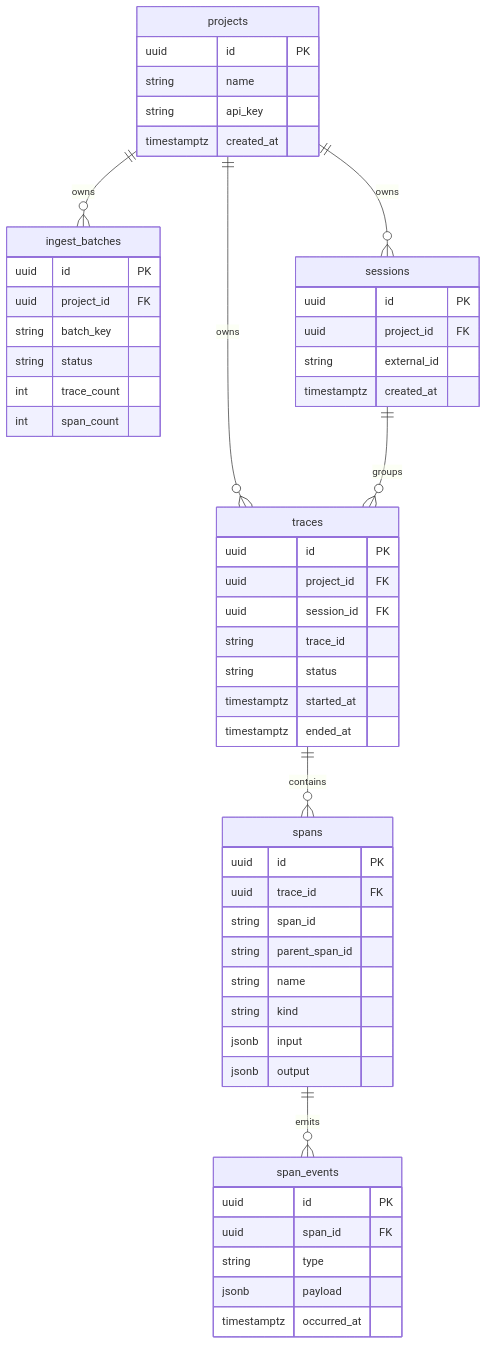
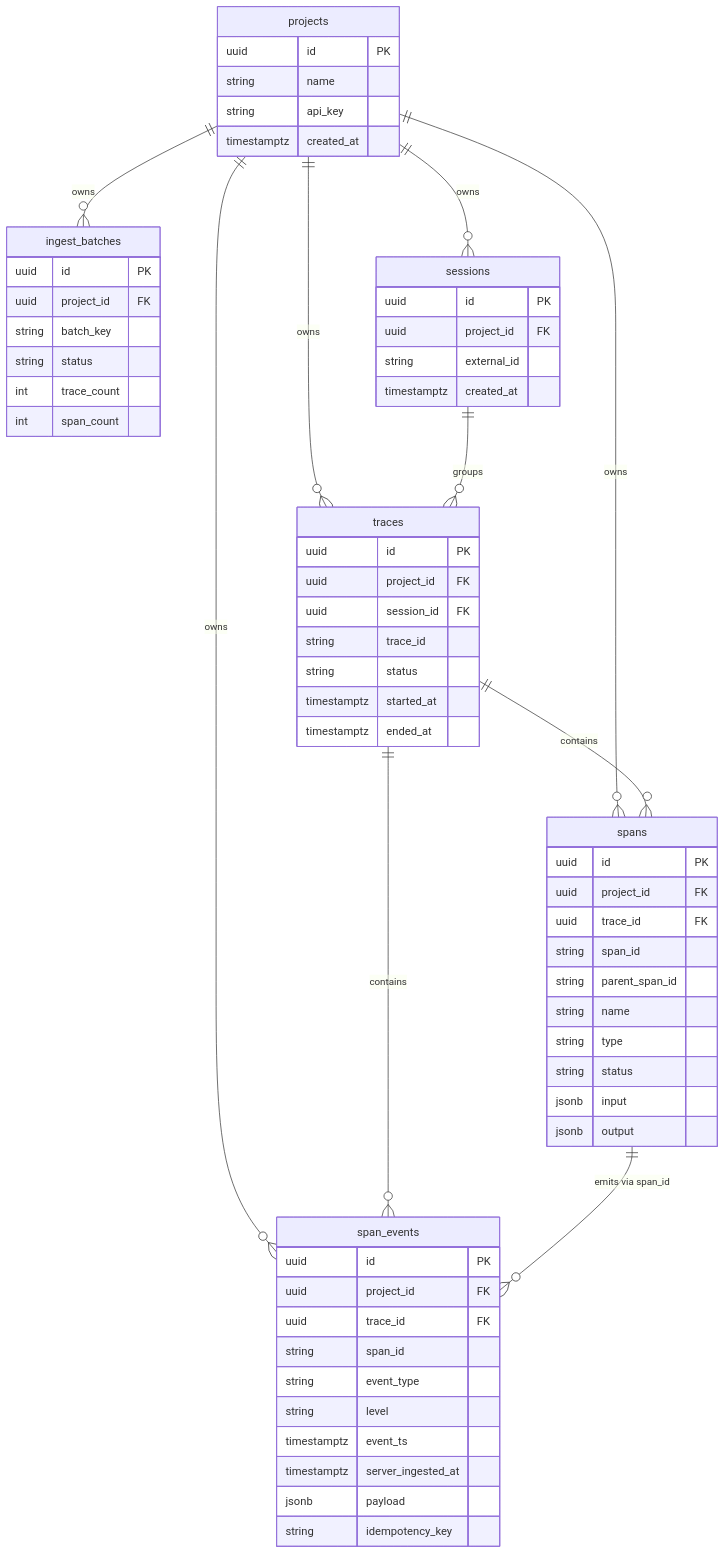
Before and after one commit to aryanVijaywargia/Continua: the diagram in docs-site/concepts/data-model.mdx, drawn with Mermaid. The commit also changed other lines of this file, not shown here.

First line of the commit message:
docs(data-model): scope spans and span_events to project_id in the ER model

````diff
--- a/docs-site/concepts/data-model.mdx
+++ b/docs-site/concepts/data-model.mdx
@@ -6,56 +6,66 @@
 ```mermaid
 erDiagram
   projects ||--o{ ingest_batches : "owns"
   projects ||--o{ sessions : "owns"
   projects ||--o{ traces : "owns"
+  projects ||--o{ spans : "owns"
+  projects ||--o{ span_events : "owns"
   sessions ||--o{ traces : "groups"
   traces ||--o{ spans : "contains"
-  spans ||--o{ span_events : "emits"
+  traces ||--o{ span_events : "contains"
+  spans ||--o{ span_events : "emits via span_id"
 
   projects {
     uuid id PK
     string name
     string api_key
     timestamptz created_at
   }
   ingest_batches {
     uuid id PK
     uuid project_id FK
     string batch_key
     string status
     int trace_count
     int span_count
   }
   sessions {
     uuid id PK
     uuid project_id FK
     string external_id
     timestamptz created_at
   }
   traces {
     uuid id PK
     uuid project_id FK
     uuid session_id FK
     string trace_id
     string status
     timestamptz started_at
     timestamptz ended_at
   }
   spans {
     uuid id PK
+    uuid project_id FK
     uuid trace_id FK
     string span_id
     string parent_span_id
     string name
-    string kind
+    string type
+    string status
     jsonb input
     jsonb output
   }
   span_events {
     uuid id PK
-    uuid span_id FK
-    string type
+    uuid project_id FK
+    uuid trace_id FK
+    string span_id
+    string event_type
+    string level
+    timestamptz event_ts
+    timestamptz server_ingested_at
     jsonb payload
-    timestamptz occurred_at
+    string idempotency_key
   }
 ```
````
